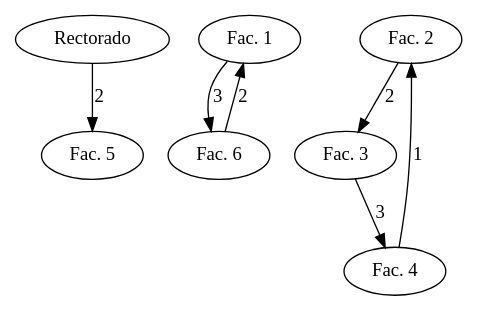
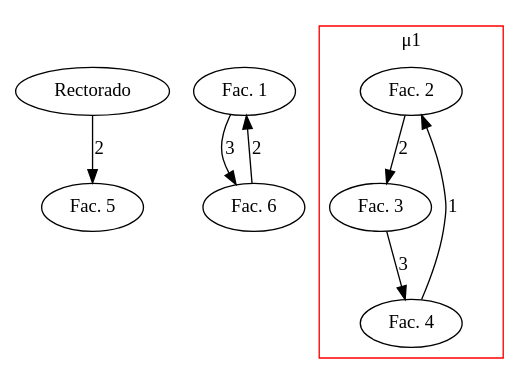
The diagram in src/ocg/vh2_02.dot (Serabe/Homeworks), drawn with Graphviz before and after one commit. The commit also changed 2 other files, not shown here.

```diff
--- a/src/ocg/vh2_02.dot
+++ b/src/ocg/vh2_02.dot
@@ -1,14 +1,16 @@
 digraph G {
-
     Rectorado -> "Fac. 5" [label="2"];
     
     "Fac. 1"  -> "Fac. 6" [label="3"];
-
-    "Fac. 2"  -> "Fac. 3" [label="2"];
-
-    "Fac. 3"  -> "Fac. 4" [label="3"];
-
-    "Fac. 4"  -> "Fac. 2" [label="1"];
-
+    subgraph cluster0{
+        label="&mu;1";
+        color="red";
+        
+        "Fac. 2"  -> "Fac. 3" [label="2"];
+        
+        "Fac. 3"  -> "Fac. 4" [label="3"];
+        
+        "Fac. 4"  -> "Fac. 2" [label="1"];
+    }
     "Fac. 6"  -> "Fac. 1" [label="2"];
 }
```
